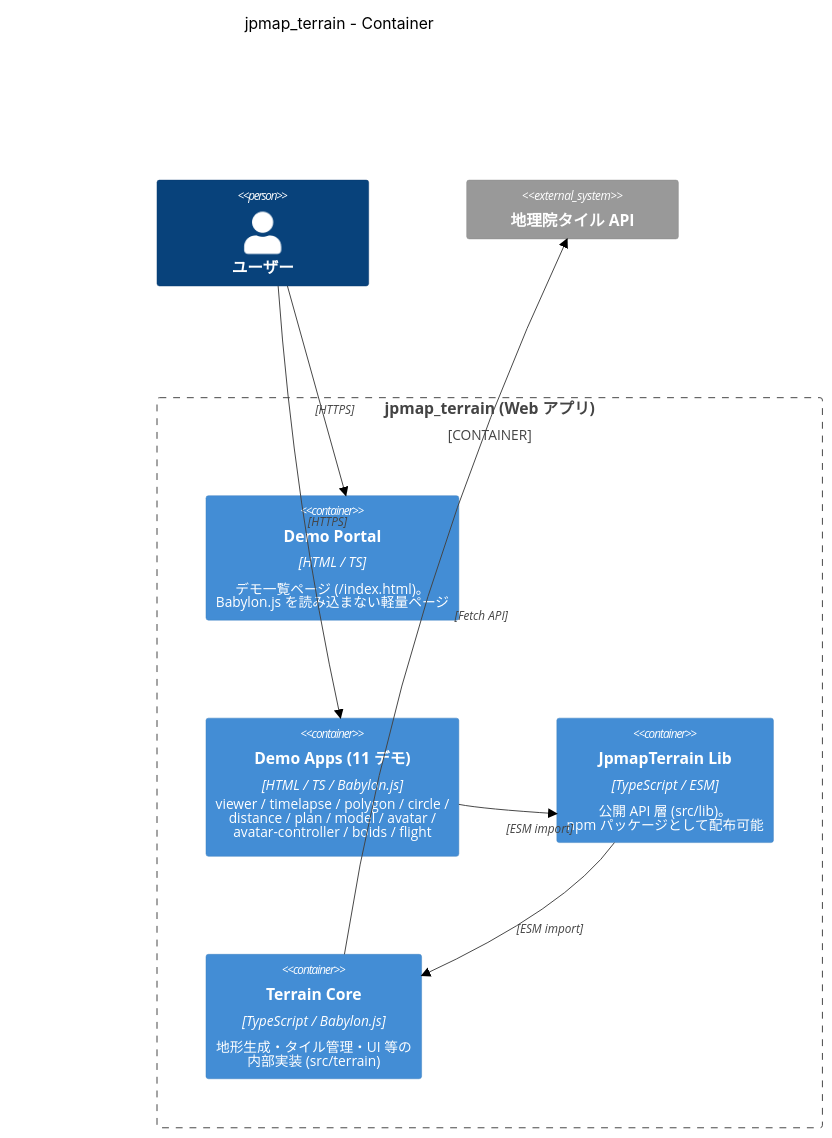
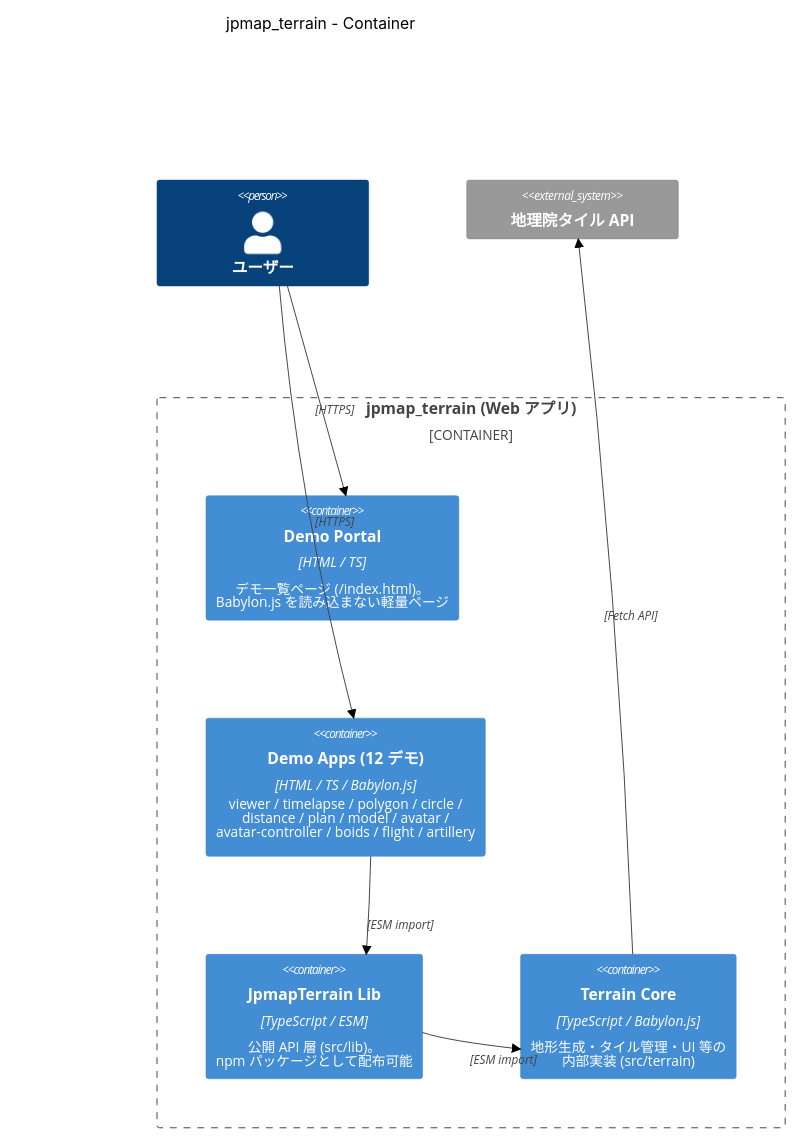
One commit to 8ga3/jpmap_terrain changed the second of 5 diagrams in spec/architecture.md. Above: the diagram before and after it, drawn with Mermaid (forest theme). The commit also changed other lines of this file and 18 other files, not shown here.

First line of the commit message:
feat(demo): add Artillery Game demo (#259)

````diff
--- a/spec/architecture.md
+++ b/spec/architecture.md
@@ -39,25 +39,25 @@
 ```mermaid
 C4Container
   title jpmap_terrain - Container
   UpdateLayoutConfig($c4ShapeInRow="2", $c4BoundaryInRow="1")
 
   Person(user, "ユーザー")
 
   System_Ext(gsi, "地理院タイル API")
 
   Container_Boundary(web, "jpmap_terrain (Web アプリ)") {
 
     Container(portal, "Demo Portal", "HTML / TS", "デモ一覧ページ (/index.html)。<br/>Babylon.js を読み込まない軽量ページ")
 
-    Container(demos, "Demo Apps (11 デモ)", "HTML / TS / Babylon.js", "viewer / timelapse / polygon / circle /<br/>distance / plan / model / avatar /<br/>avatar-controller / boids / flight")
+    Container(demos, "Demo Apps (12 デモ)", "HTML / TS / Babylon.js", "viewer / timelapse / polygon / circle /<br/>distance / plan / model / avatar /<br/>avatar-controller / boids / flight / artillery")
 
     Container(lib, "JpmapTerrain Lib", "TypeScript / ESM", "公開 API 層 (src/lib)。<br/>npm パッケージとして配布可能")
     Container(terrain, "Terrain Core", "TypeScript / Babylon.js", "地形生成・タイル管理・UI 等の<br/>内部実装 (src/terrain)")
   }
 
   Rel_D(user, portal, "", "HTTPS")
   Rel_D(user, demos, "", "HTTPS")
   Rel_D(demos, lib, "", "ESM import")
   Rel_D(lib, terrain, "", "ESM import")
   Rel_R(terrain, gsi, "", "Fetch API")
 ```
````
